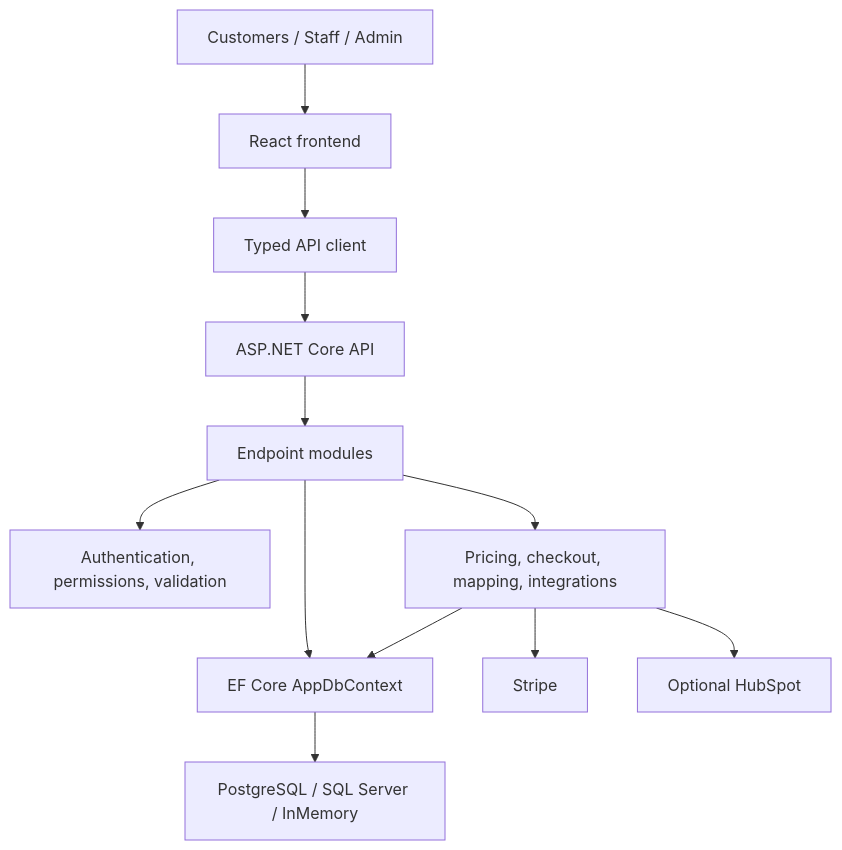
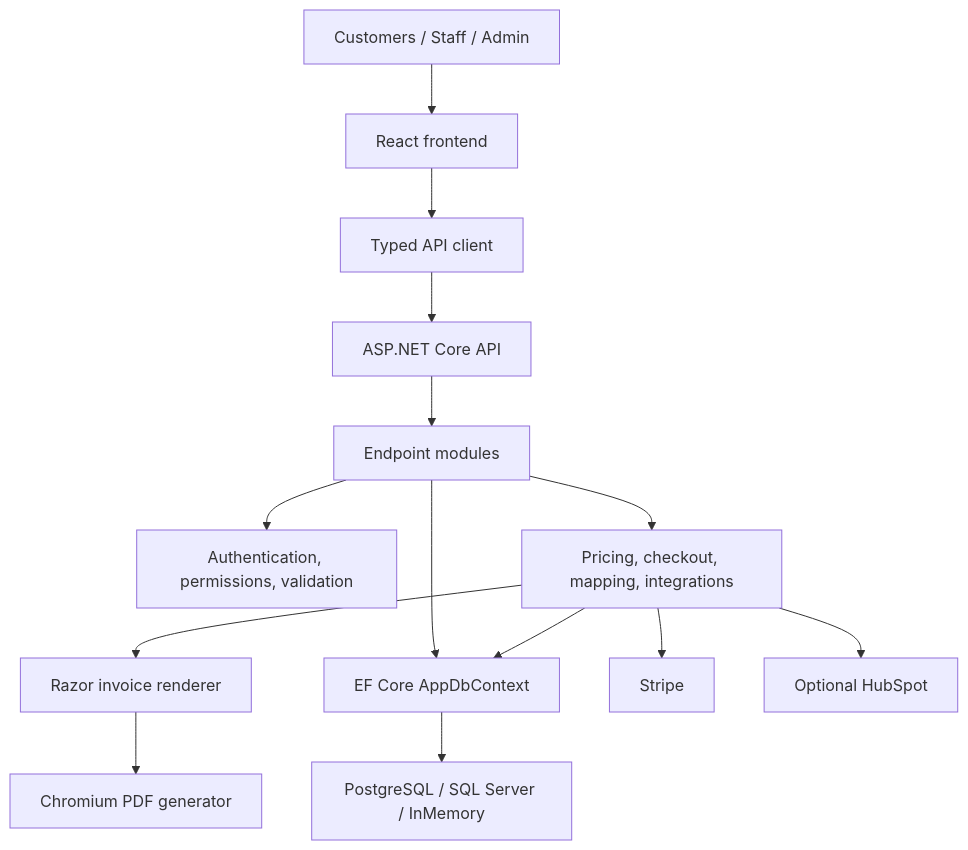
One commit to pancakebaker/dotnet-react-ecommerce-demo changed the first of 2 diagrams in README.md. Above: the diagram before and after it, drawn with Mermaid. The commit also changed other lines of this file and 29 other files, not shown here.

Commit message:
Add Razor-based invoice PDF templating

````diff
--- a/README.md
+++ b/README.md
@@ -79,14 +81,16 @@
 ```mermaid
 flowchart TB
   Users["Customers / Staff / Admin"] --> Frontend["React frontend"]
   Frontend --> Client["Typed API client"]
   Client --> Api["ASP.NET Core API"]
   Api --> Endpoints["Endpoint modules"]
   Endpoints --> Controls["Authentication, permissions, validation"]
   Endpoints --> Services["Pricing, checkout, mapping, integrations"]
+  Services --> Razor["Razor invoice renderer"]
+  Razor --> Pdf["Chromium PDF generator"]
   Endpoints --> Data["EF Core AppDbContext"]
   Services --> Data
   Data --> Database["PostgreSQL / SQL Server / InMemory"]
   Services --> Stripe["Stripe"]
   Services --> HubSpot["Optional HubSpot"]
 ```
````
